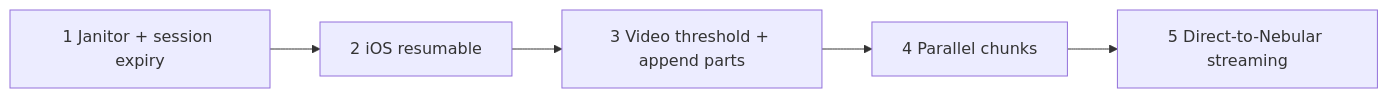
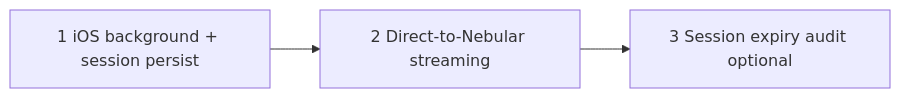
Before and after one commit to AsP3X/ownly: the diagram in docs/resumable-upload-improvements.md, drawn with Mermaid. The commit also changed other lines of this file and 12 other files, not shown here.

First line of the commit message:
TASK: Resumable upload follow-ups — janitor, expiry, append-on-write, clients.

````diff
--- a/docs/resumable-upload-improvements.md
+++ b/docs/resumable-upload-improvements.md
@@ -146,7 +85,5 @@
 ```mermaid
 flowchart LR
-    A["1 Janitor + session expiry"] --> B["2 iOS resumable"]
-    B --> C["3 Video threshold + append parts"]
-    C --> D["4 Parallel chunks"]
-    D --> E["5 Direct-to-Nebular streaming"]
+    A["1 iOS background + session persist"] --> B["2 Direct-to-Nebular streaming"]
+    B --> C["3 Session expiry audit optional"]
 ```
````
